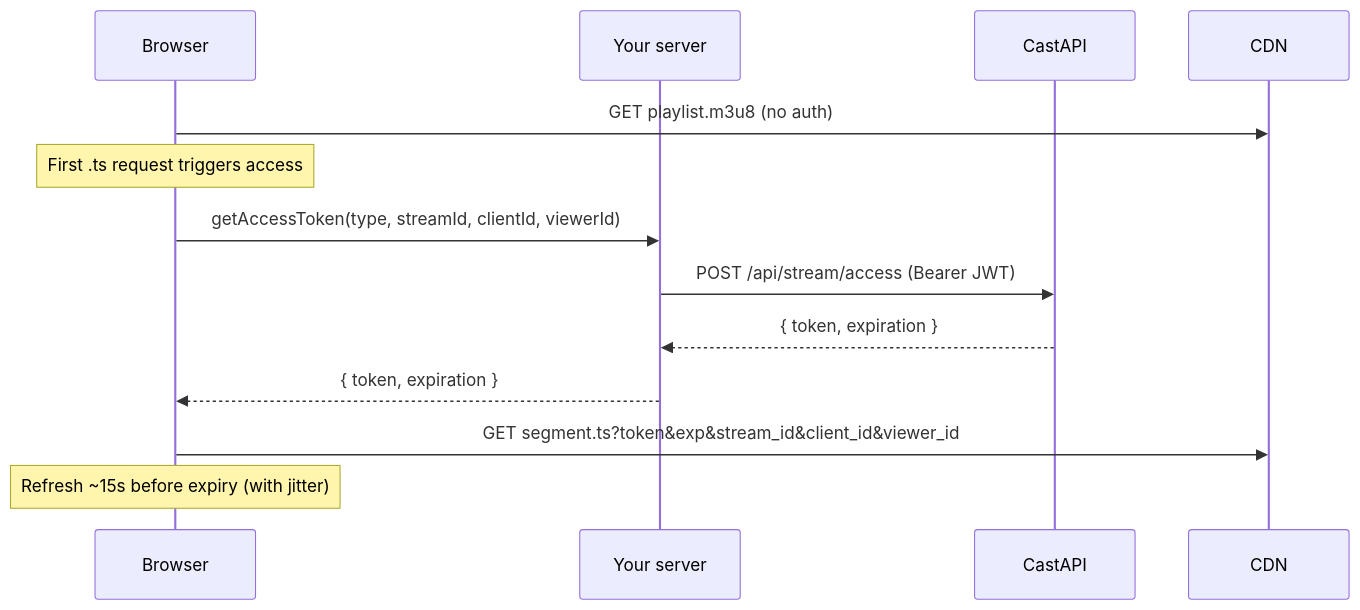
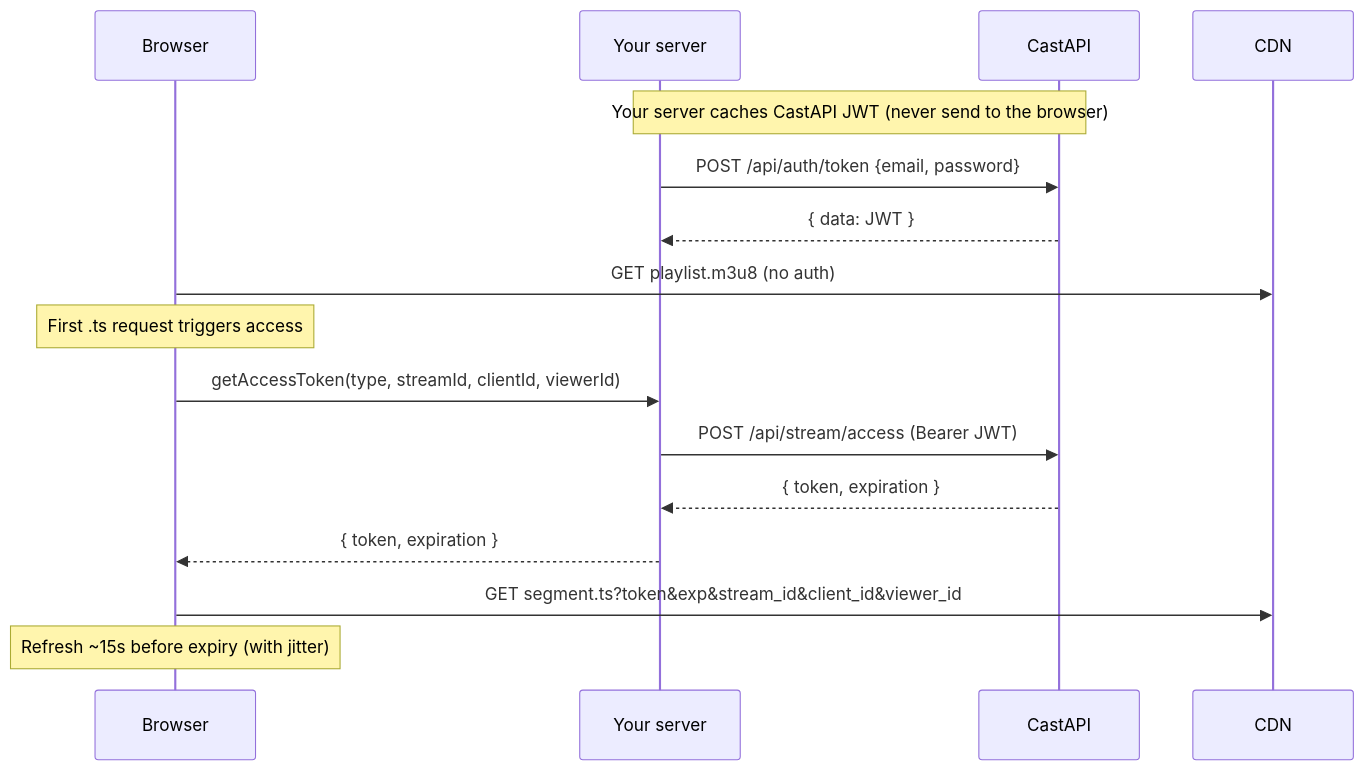
The diagram in README.md (Synesis-IT-PLC/stream-player-sdk), drawn with Mermaid before and after one commit. The commit also changed other lines of this file, not shown here.

Commit message:
add token endpoint

````diff
--- a/README.md
+++ b/README.md
@@ -82,16 +82,19 @@
 ```mermaid
 sequenceDiagram
     participant B as Browser
     participant S as Your server
     participant C as CastAPI
     participant O as CDN
 
+    Note over S,C: Your server caches CastAPI JWT (never send to the browser)
+    S->>C: POST /api/auth/token {email, password}
+    C-->>S: { data: JWT }
     B->>O: GET playlist.m3u8 (no auth)
     Note over B: First .ts request triggers access
     B->>S: getAccessToken(type, streamId, clientId, viewerId)
     S->>C: POST /api/stream/access (Bearer JWT)
     C-->>S: { token, expiration }
     S-->>B: { token, expiration }
     B->>O: GET segment.ts?token&exp&stream_id&client_id&viewer_id
     Note over B: Refresh ~15s before expiry (with jitter)
 ```
````
